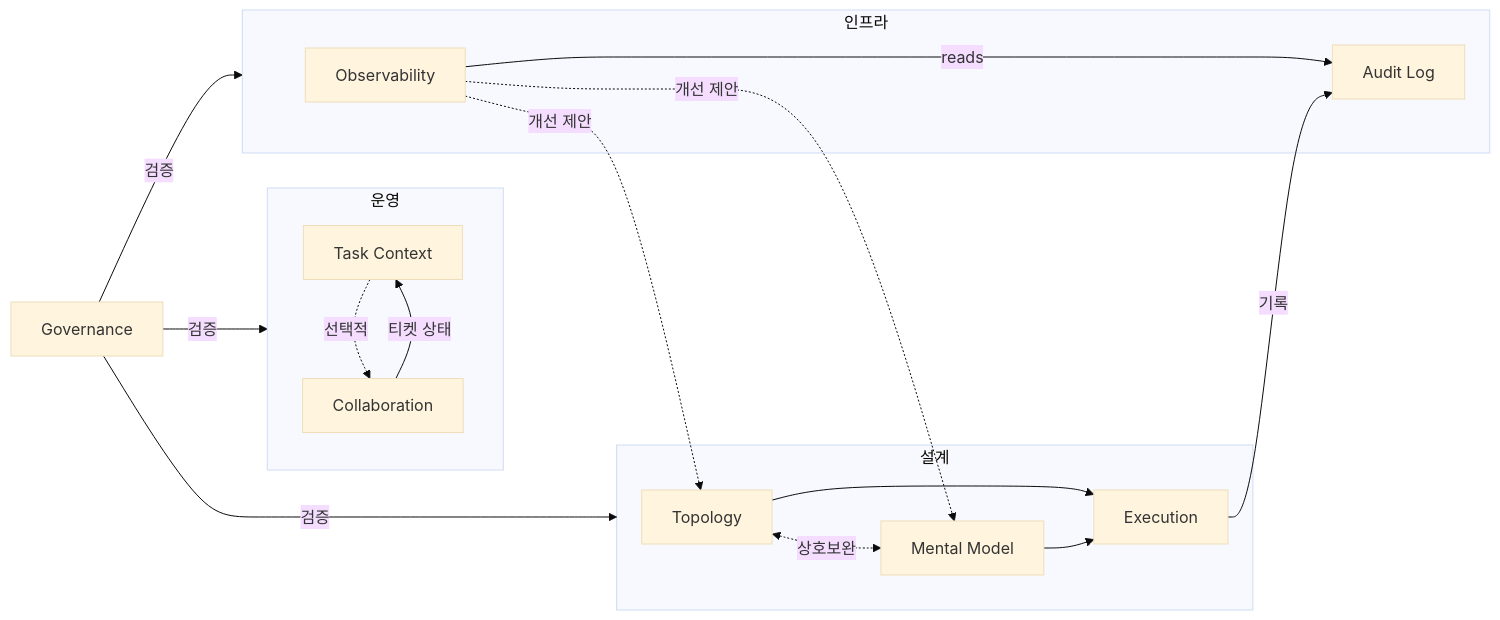
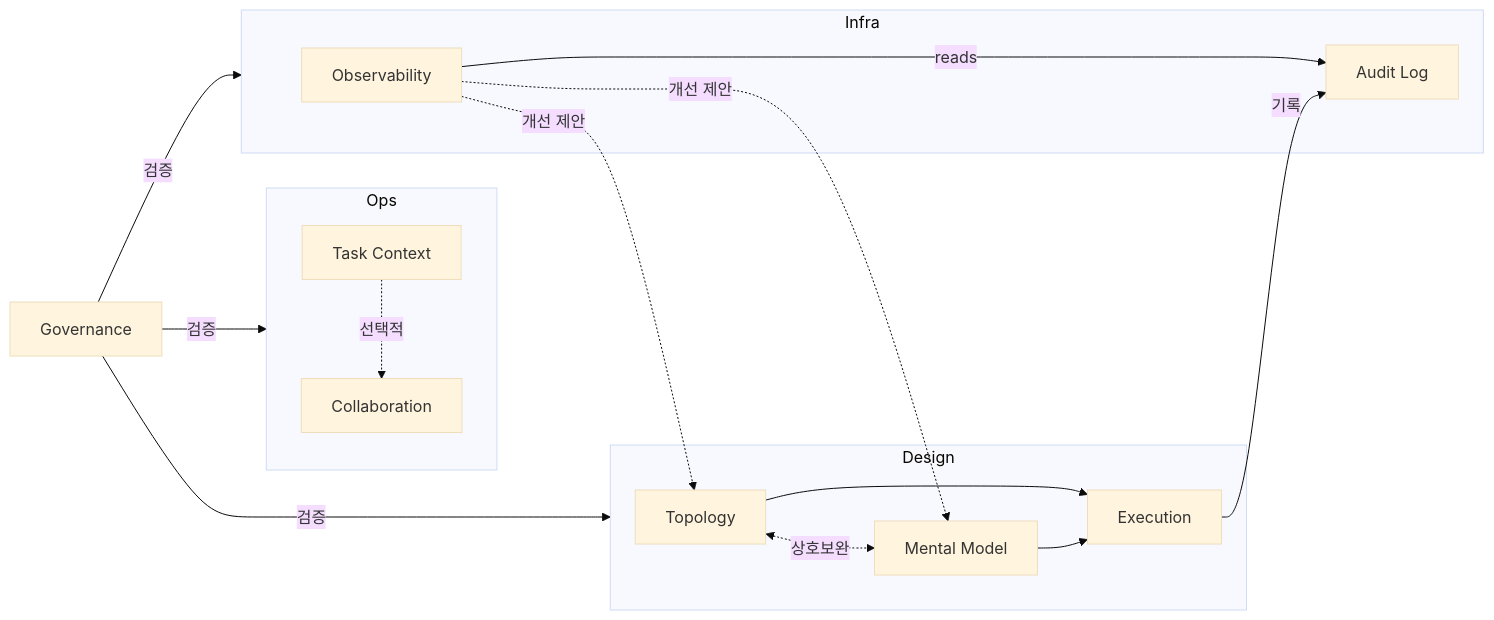
The diagram in README.md (WMJOON/multi-swarm-orchestrator), drawn with Mermaid (base theme) before and after one commit. The commit also changed other lines of this file and 2 other files, not shown here.

````diff
--- a/README.md
+++ b/README.md
@@ -16,24 +14,23 @@
 ```mermaid
 graph LR
-    subgraph Design ["설계"]
-        S00["Topology"] <-.->|상호보완| S01["Mental Model"]
-        S00 & S01 --> S02["Execution"]
+    subgraph Design ["Design"]
+        S10["Topology"] <-.->|상호보완| S20["Mental Model"]
+        S10 & S20 --> S30["Execution"]
     end
 
-    subgraph Ops ["운영"]
-        S03["Task Context"] -.->|선택적| S04["Collaboration"]
+    subgraph Ops ["Ops"]
+        S40T["Task Context"] -.->|선택적| S40C["Collaboration"]
     end
 
-    subgraph Infra ["인프라"]
-        S06["Observability"] -->|reads| S05["Audit Log"]
+    subgraph Infra ["Infra"]
+        S60["Observability"] -->|reads| S50["Audit Log"]
     end
 
-    S02 -->|기록| S05
-    S06 -.->|개선 제안| S00
-    S06 -.->|개선 제안| S01
-    S04 -->|티켓 상태| S03
+    S30 -->|기록| S50
+    S60 -.->|개선 제안| S10
+    S60 -.->|개선 제안| S20
 
-    GOV["Governance"] -->|검증| Design
-    GOV -->|검증| Ops
-    GOV -->|검증| Infra
+    S70["Governance"] -->|검증| Design
+    S70 -->|검증| Ops
+    S70 -->|검증| Infra
 ```
````
